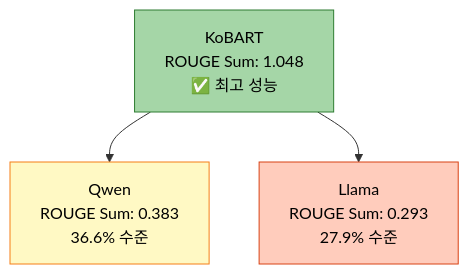
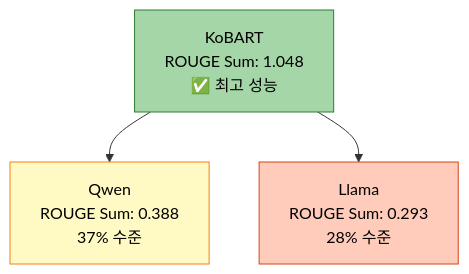
Before and after one commit to AIBootcamp14/naturallanguageprocessingcompetition-nlp-1: the tenth of 12 diagrams in docs/experiments/20251013_161056_test_strategy3_triple_실험분석.md, drawn with Mermaid. The commit also changed other lines of this file, not shown here.

````diff
--- a/docs/experiments/20251013_161056_test_strategy3_triple_실험분석.md
+++ b/docs/experiments/20251013_161056_test_strategy3_triple_실험분석.md
@@ -876,9 +890,9 @@
 ```mermaid
 graph TB
-    A[KoBART<br/>ROUGE Sum: 1.048<br/>✅ 최고 성능] --> B[Qwen<br/>ROUGE Sum: 0.383<br/>36.6% 수준]
-    A --> C[Llama<br/>ROUGE Sum: 0.293<br/>27.9% 수준]
+    A[KoBART<br/>ROUGE Sum: 1.048<br/>✅ 최고 성능] --> B[Qwen<br/>ROUGE Sum: 0.388<br/>37% 수준]
+    A --> C[Llama<br/>ROUGE Sum: 0.293<br/>28% 수준]
 
     style A fill:#a5d6a7,stroke:#2e7d32,color:#000
     style B fill:#fff9c4,stroke:#f57f17,color:#000
     style C fill:#ffccbc,stroke:#d84315,color:#000
 ```
````
